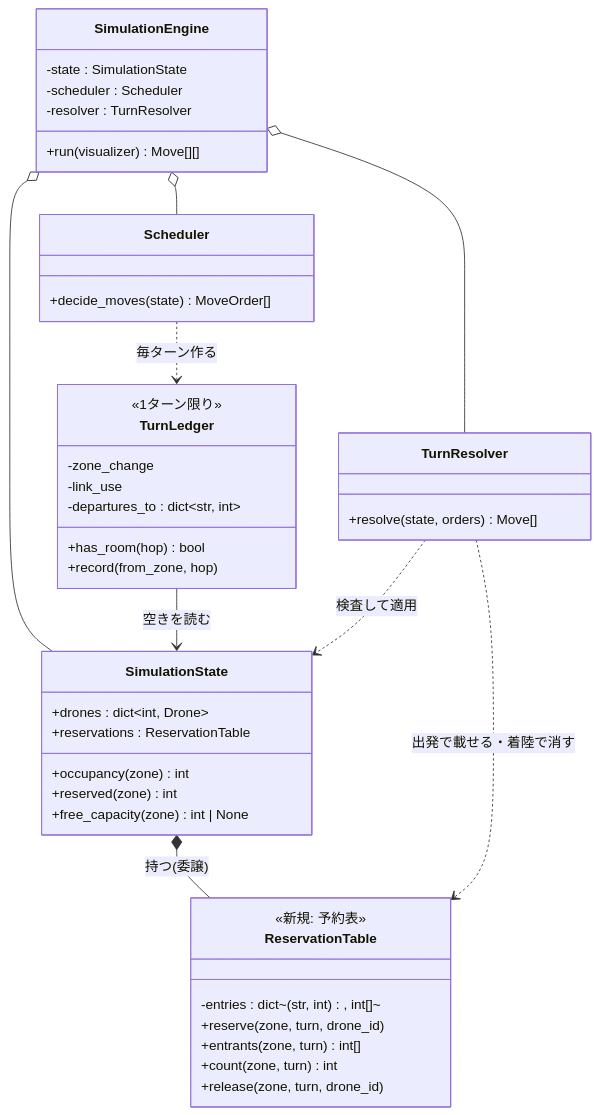
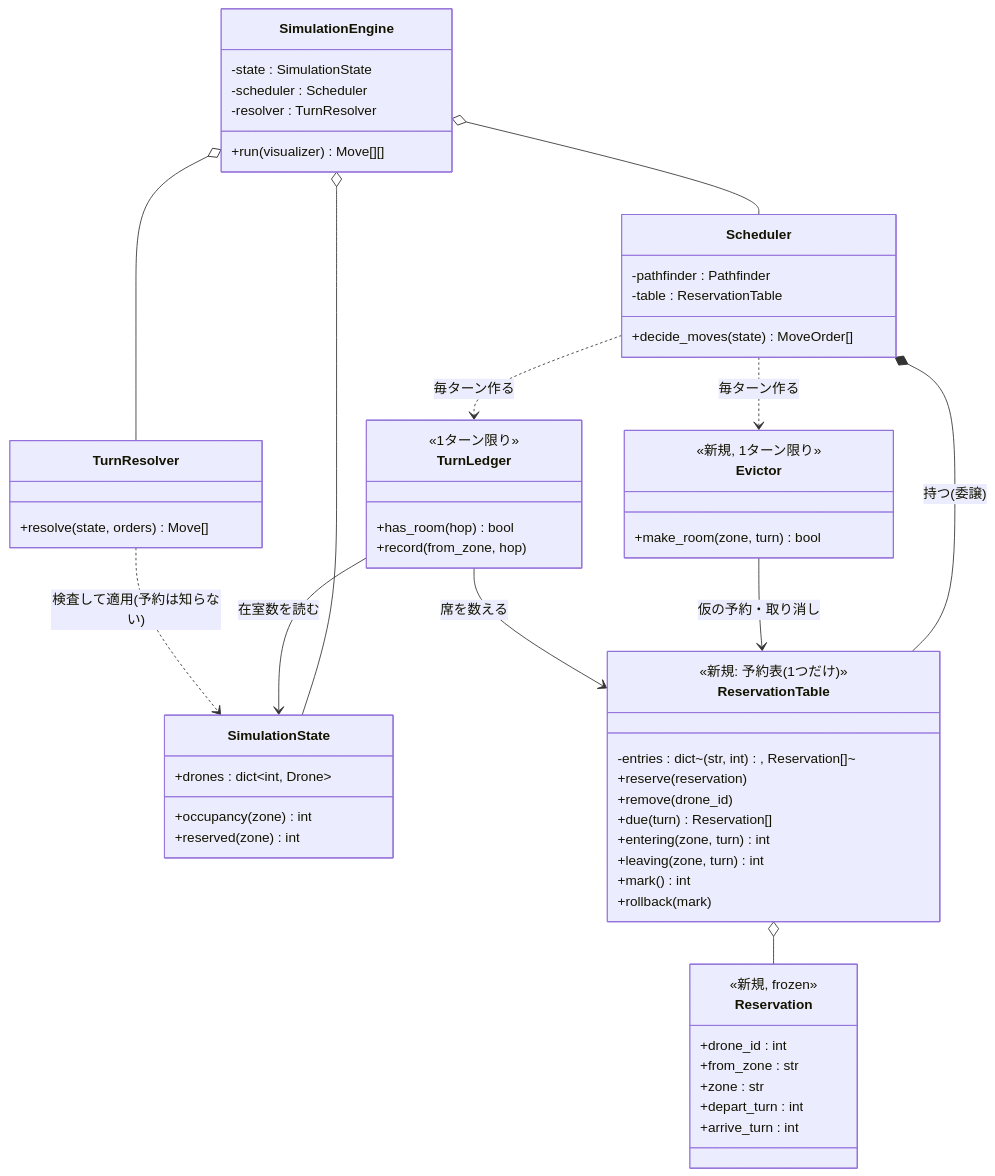
The first of 3 diagrams in docs/research/2026-10-18_design-timed-reservation.md (saikawakiruya-droid/fly_in), drawn with Mermaid before and after one commit. The commit also changed other lines of this file and 1 other file, not shown here.

Commit message:
Refine the reservation design with evictions recorded in the same table

````diff
--- a/docs/research/2026-10-18_design-timed-reservation.md
+++ b/docs/research/2026-10-18_design-timed-reservation.md
@@ -142,47 +157,62 @@
 ```mermaid
 classDiagram
     class SimulationEngine {
         -state : SimulationState
         -scheduler : Scheduler
         -resolver : TurnResolver
         +run(visualizer) Move[][]
     }
     class SimulationState {
         +drones : dict~int, Drone~
-        +reservations : ReservationTable
         +occupancy(zone) int
         +reserved(zone) int
-        +free_capacity(zone) int | None
+    }
+    class Scheduler {
+        -pathfinder : Pathfinder
+        -table : ReservationTable
+        +decide_moves(state) MoveOrder[]
     }
     class ReservationTable {
-        <<新規: 予約表>>
-        -entries : dict~(str, int), int[]~
-        +reserve(zone, turn, drone_id)
-        +entrants(zone, turn) int[]
-        +count(zone, turn) int
-        +release(zone, turn, drone_id)
+        <<新規: 予約表(1つだけ)>>
+        -entries : dict~(str, int), Reservation[]~
+        +reserve(reservation)
+        +remove(drone_id)
+        +due(turn) Reservation[]
+        +entering(zone, turn) int
+        +leaving(zone, turn) int
+        +mark() int
+        +rollback(mark)
     }
-    class Scheduler {
-        +decide_moves(state) MoveOrder[]
+    class Reservation {
+        <<新規, frozen>>
+        +drone_id : int
+        +from_zone : str
+        +zone : str
+        +depart_turn : int
+        +arrive_turn : int
     }
     class TurnLedger {
         <<1ターン限り>>
-        -zone_change
-        -link_use
-        -departures_to : dict~str, int~
         +has_room(hop) bool
         +record(from_zone, hop)
+    }
+    class Evictor {
+        <<新規, 1ターン限り>>
+        +make_room(zone, turn) bool
     }
     class TurnResolver {
         +resolve(state, orders) Move[]
     }
 
     SimulationEngine o-- SimulationState
     SimulationEngine o-- Scheduler
     SimulationEngine o-- TurnResolver
-    SimulationState *-- ReservationTable : 持つ(委譲)
+    Scheduler *-- ReservationTable : 持つ(委譲)
+    ReservationTable o-- Reservation
     Scheduler ..> TurnLedger : 毎ターン作る
-    TurnLedger --> SimulationState : 空きを読む
-    TurnResolver ..> ReservationTable : 出発で載せる・着陸で消す
-    TurnResolver ..> SimulationState : 検査して適用
+    Scheduler ..> Evictor : 毎ターン作る
+    Evictor --> ReservationTable : 仮の予約・取り消し
+    TurnLedger --> ReservationTable : 席を数える
+    TurnLedger --> SimulationState : 在室数を読む
+    TurnResolver ..> SimulationState : 検査して適用(予約は知らない)
 ```
````
